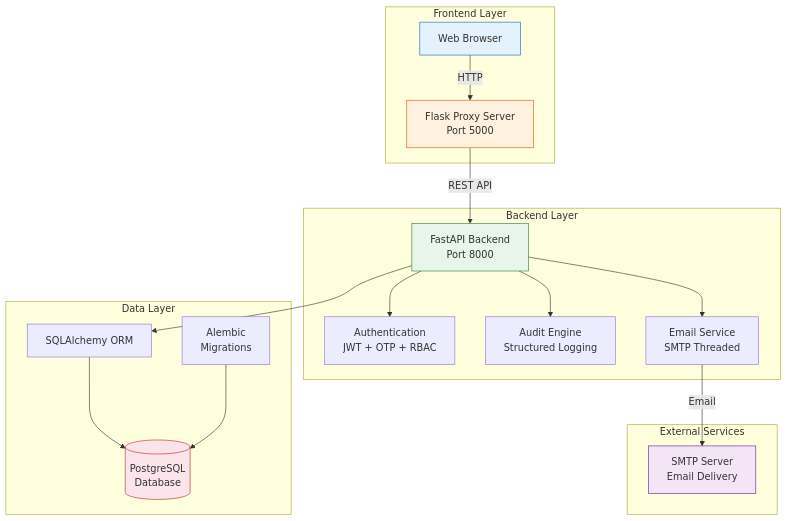
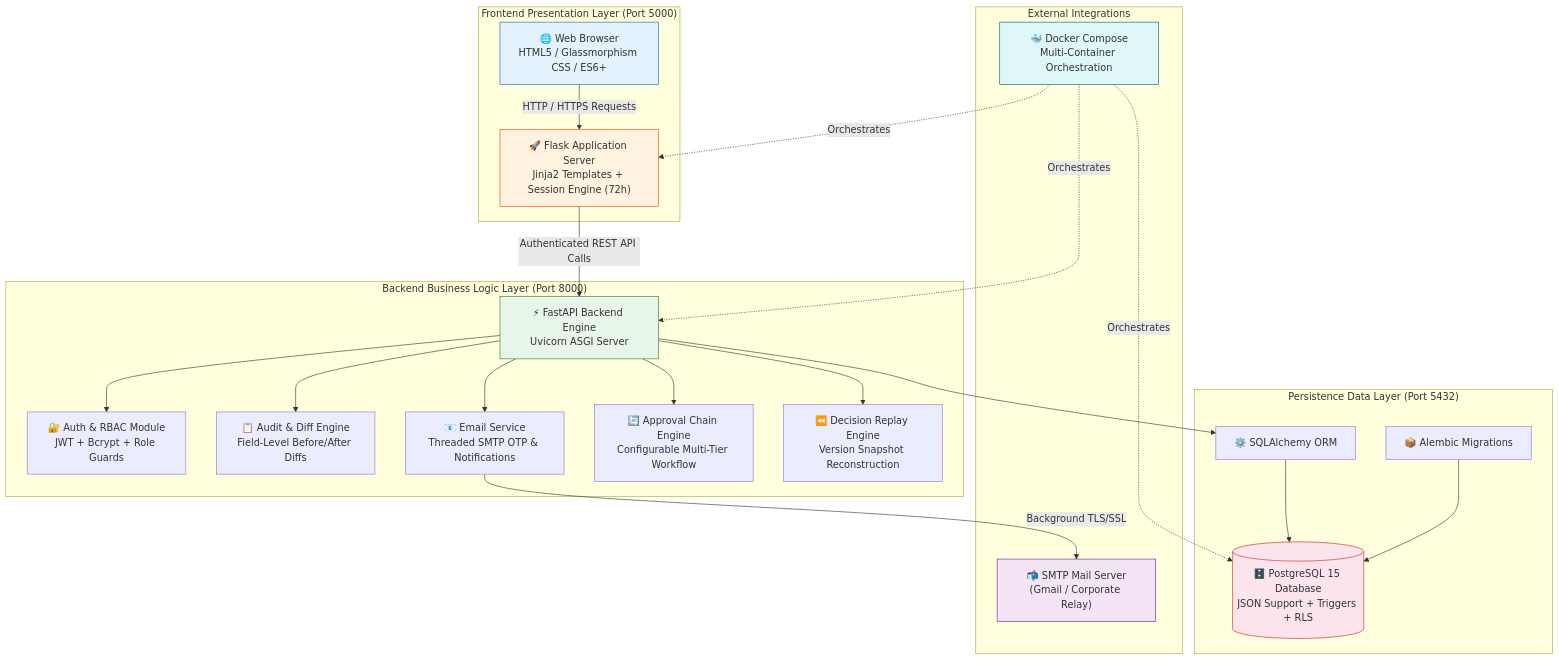
The first of 4 diagrams in README.md (KoppalaNaveen/expertdecision), drawn with Mermaid before and after one commit. The commit also changed other lines of this file and 26 other files, not shown here.

````diff
--- a/README.md
+++ b/README.md
@@ -24,40 +72,49 @@
 ```mermaid
 graph TB
-    subgraph "Frontend Layer"
-        Browser["Web Browser"]
-        FlaskApp["Flask Proxy Server<br/>Port 5000"]
+    subgraph "Frontend Presentation Layer (Port 5000)"
+        Browser["🌐 Web Browser<br/>HTML5 / Glassmorphism CSS / ES6+"]
+        FlaskApp["🚀 Flask Application Server<br/>Jinja2 Templates + Session Engine (72h)"]
     end
 
-    subgraph "Backend Layer"
-        FastAPIApp["FastAPI Backend<br/>Port 8000"]
-        AuthModule["Authentication<br/>JWT + OTP + RBAC"]
-        AuditEngine["Audit Engine<br/>Structured Logging"]
-        EmailService["Email Service<br/>SMTP Threaded"]
+    subgraph "Backend Business Logic Layer (Port 8000)"
+        FastAPIApp["⚡ FastAPI Backend Engine<br/>Uvicorn ASGI Server"]
+        AuthModule["🔐 Auth & RBAC Module<br/>JWT + Bcrypt + Role Guards"]
+        AuditEngine["📋 Audit & Diff Engine<br/>Field-Level Before/After Diffs"]
+        EmailService["📧 Email Service<br/>Threaded SMTP OTP & Notifications"]
+        ApprovalService["🔄 Approval Chain Engine<br/>Configurable Multi-Tier Workflow"]
+        ReplayEngine["⏪ Decision Replay Engine<br/>Version Snapshot Reconstruction"]
     end
 
-    subgraph "Data Layer"
-        PostgreSQL[("PostgreSQL<br/>Database")]
-        SQLAlchemy["SQLAlchemy ORM"]
-        Alembic["Alembic<br/>Migrations"]
+    subgraph "Persistence Data Layer (Port 5432)"
+        PostgreSQL[("🗄️ PostgreSQL 15 Database<br/>JSON Support + Triggers + RLS")]
+        SQLAlchemy["⚙️ SQLAlchemy ORM"]
+        Alembic["📦 Alembic Migrations"]
     end
 
-    subgraph "External Services"
-        SMTPServer["SMTP Server<br/>Email Delivery"]
+    subgraph "External Integrations"
+        SMTPServer["📬 SMTP Mail Server<br/>(Gmail / Corporate Relay)"]
+        DockerEngine["🐳 Docker Compose<br/>Multi-Container Orchestration"]
     end
 
-    Browser -->|"HTTP"| FlaskApp
-    FlaskApp -->|"REST API"| FastAPIApp
+    Browser -->|"HTTP / HTTPS Requests"| FlaskApp
+    FlaskApp -->|"Authenticated REST API Calls"| FastAPIApp
     FastAPIApp --> AuthModule
     FastAPIApp --> AuditEngine
     FastAPIApp --> EmailService
+    FastAPIApp --> ApprovalService
+    FastAPIApp --> ReplayEngine
     FastAPIApp --> SQLAlchemy
     SQLAlchemy --> PostgreSQL
     Alembic --> PostgreSQL
-    EmailService -->|"Email"| SMTPServer
+    EmailService -->|"Background TLS/SSL"| SMTPServer
+    DockerEngine -.->|"Orchestrates"| FlaskApp
+    DockerEngine -.->|"Orchestrates"| FastAPIApp
+    DockerEngine -.->|"Orchestrates"| PostgreSQL
 
     style Browser fill:#e3f2fd,stroke:#1565c0
     style FlaskApp fill:#fff3e0,stroke:#e65100
     style FastAPIApp fill:#e8f5e9,stroke:#2e7d32
     style PostgreSQL fill:#fce4ec,stroke:#c62828
     style SMTPServer fill:#f3e5f5,stroke:#6a1b9a
+    style DockerEngine fill:#e0f7fa,stroke:#006064
 ```
````
